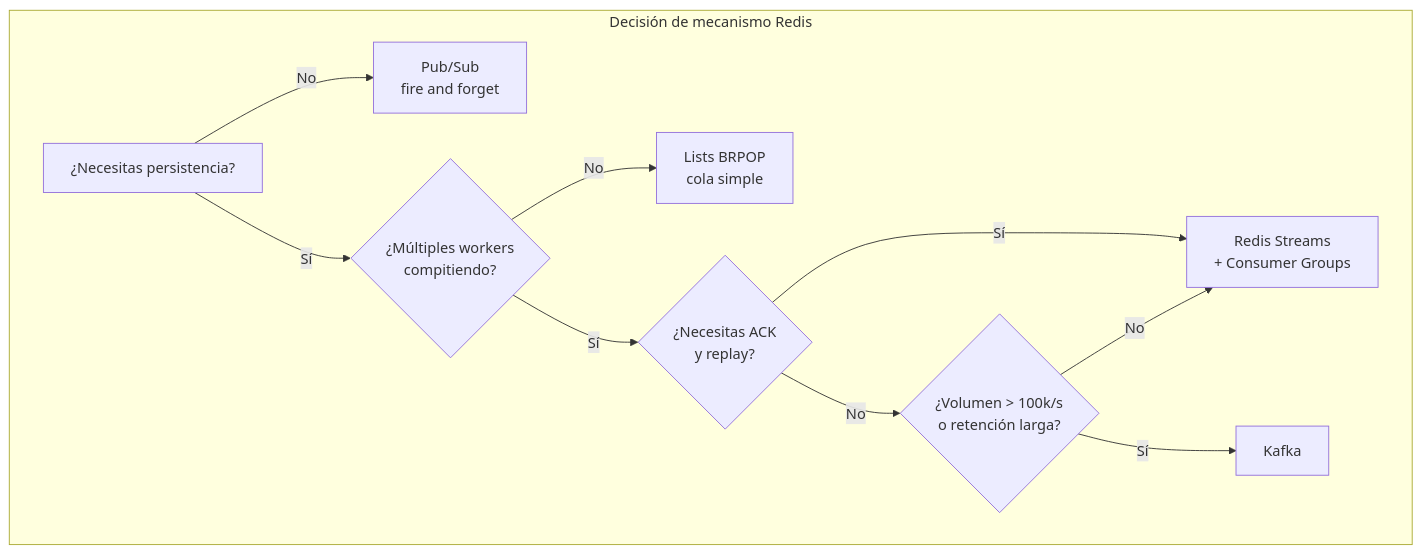
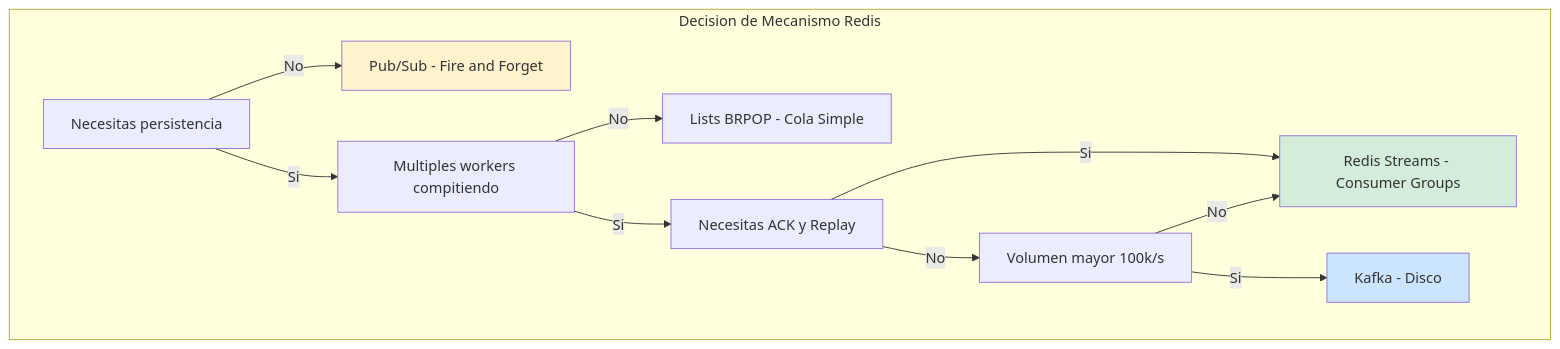
One commit to Joaquinriosheredia/DAM-Java-Mastery changed the first of 4 diagrams in 04_Bases_de_Datos/redis_avanzado_streams_pubsub_y_patrones_de_mensajeria_STAFF.md. Above: the diagram before and after it, drawn with Mermaid. The commit also changed other lines of this file, not shown here.

Commit message:
redis_avanzado_streams_pubsub_y_patrones_de_mensajeria_STAFF.md

````diff
--- a/04_Bases_de_Datos/redis_avanzado_streams_pubsub_y_patrones_de_mensajeria_STAFF.md
+++ b/04_Bases_de_Datos/redis_avanzado_streams_pubsub_y_patrones_de_mensajeria_STAFF.md
@@ -40,13 +41,17 @@
 ```mermaid
 graph TD
-    subgraph "Decisión de mecanismo Redis"
-        A[¿Necesitas persistencia?] -->|No| PUBSUB[Pub/Sub\nfire and forget]
-        A -->|Sí| B{¿Múltiples workers\ncompitiendo?}
-        B -->|No| LIST[Lists BRPOP\ncola simple]
-        B -->|Sí| C{¿Necesitas ACK\ny replay?}
-        C -->|Sí| STREAMS[Redis Streams\n+ Consumer Groups]
-        C -->|No| D{¿Volumen > 100k/s\no retención larga?}
-        D -->|Sí| KAFKA[Kafka]
+    subgraph "Decision de Mecanismo Redis"
+        A[Necesitas persistencia] -->|No| PUBSUB[Pub/Sub - Fire and Forget]
+        A -->|Si| B[Multiples workers compitiendo]
+        B -->|No| LIST[Lists BRPOP - Cola Simple]
+        B -->|Si| C[Necesitas ACK y Replay]
+        C -->|Si| STREAMS[Redis Streams - Consumer Groups]
+        C -->|No| D[Volumen mayor 100k/s]
+        D -->|Si| KAFKA[Kafka - Disco]
         D -->|No| STREAMS
     end
+    
+    style PUBSUB fill:#fff3cd
+    style STREAMS fill:#d4edda
+    style KAFKA fill:#cce5ff
 ```
````
